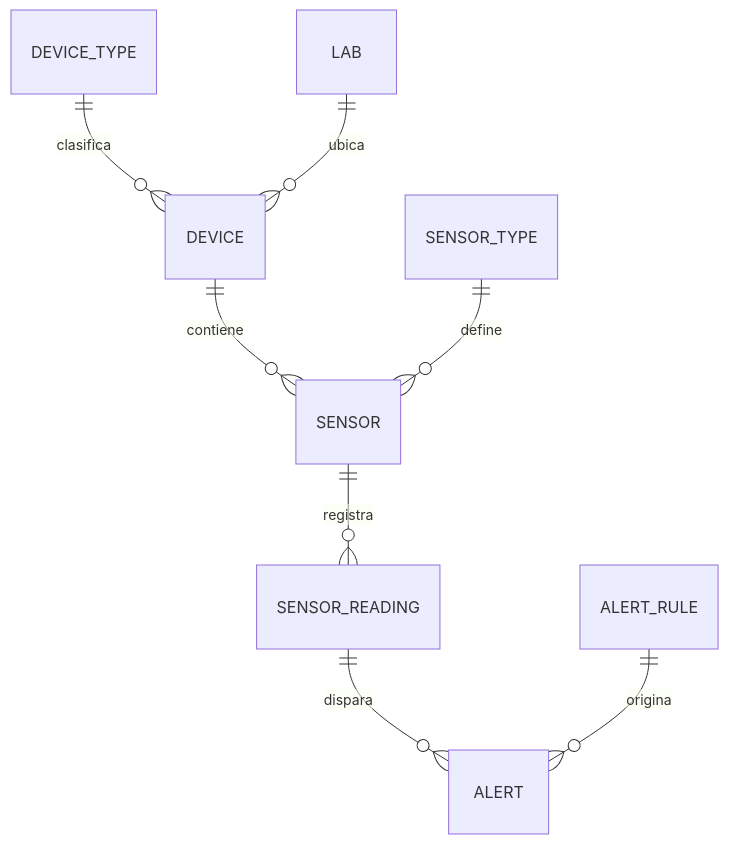
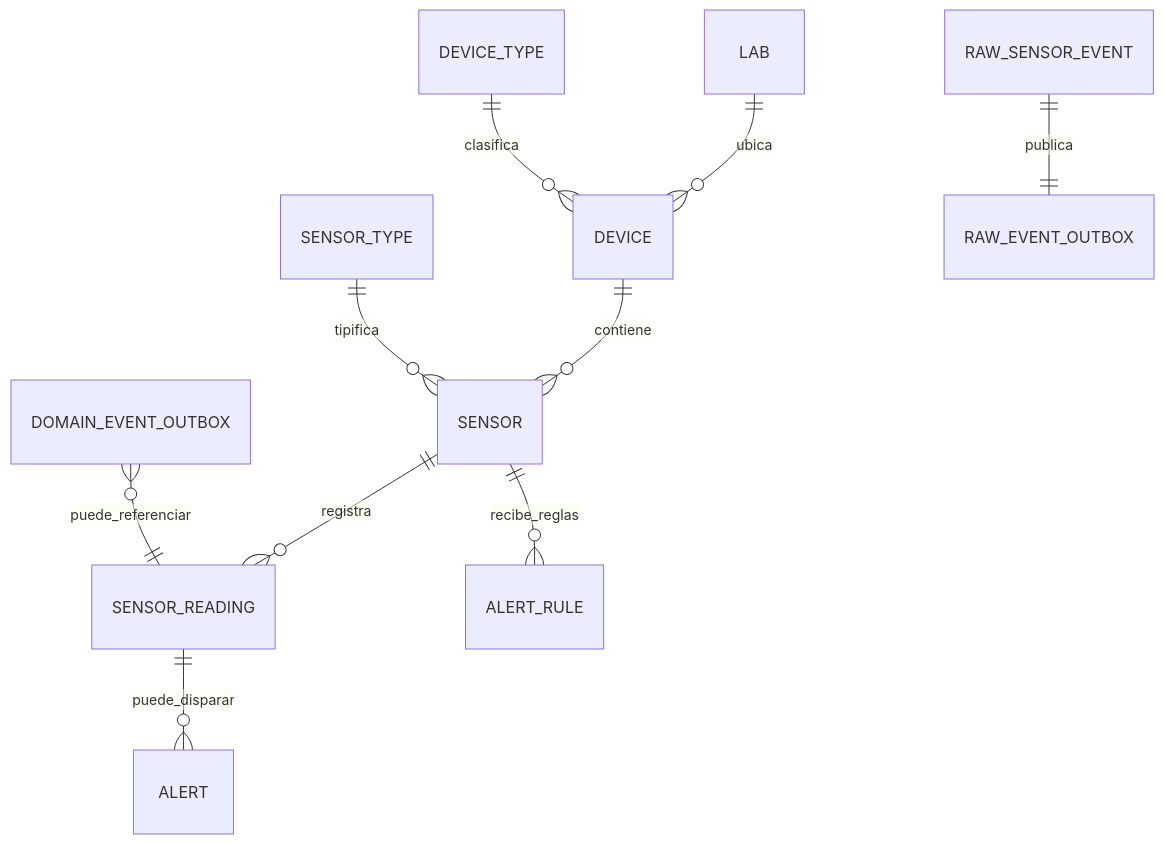
Before and after one commit to yojr23/iot-platform-v2: the third of 15 diagrams in README.md, drawn with Mermaid. The commit also changed other lines of this file and 464 other files, not shown here.

````diff
--- a/README.md
+++ b/README.md
@@ -338,10 +170,12 @@
-```mermaid
+~~~mermaid
 erDiagram
+    LAB ||--o{ DEVICE : ubica
     DEVICE_TYPE ||--o{ DEVICE : clasifica
-    LAB ||--o{ DEVICE : ubica
     DEVICE ||--o{ SENSOR : contiene
-    SENSOR_TYPE ||--o{ SENSOR : define
+    SENSOR_TYPE ||--o{ SENSOR : tipifica
     SENSOR ||--o{ SENSOR_READING : registra
-    SENSOR_READING ||--o{ ALERT : dispara
-    ALERT_RULE ||--o{ ALERT : origina
-```
+    SENSOR ||--o{ ALERT_RULE : recibe_reglas
+    SENSOR_READING ||--o{ ALERT : puede_disparar
+    RAW_SENSOR_EVENT ||--|| RAW_EVENT_OUTBOX : publica
+    DOMAIN_EVENT_OUTBOX }o--|| SENSOR_READING : puede_referenciar
+~~~
````
